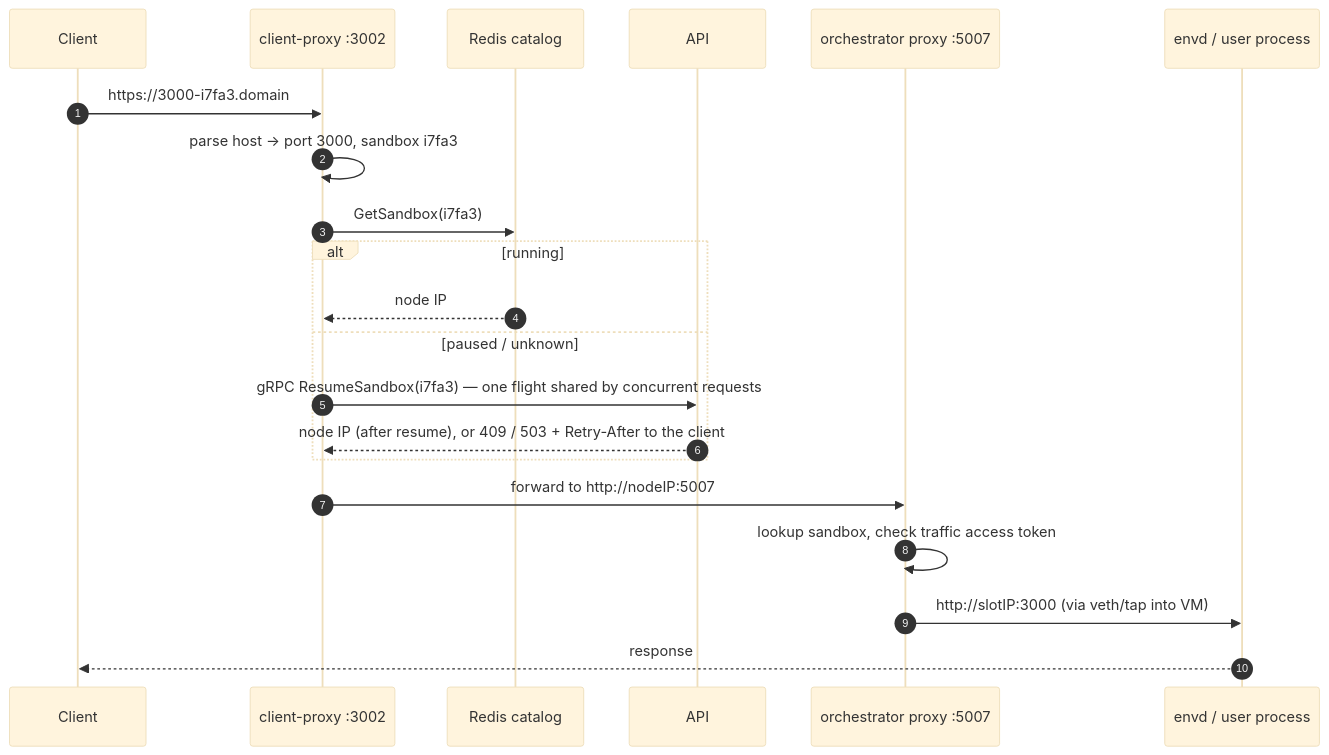
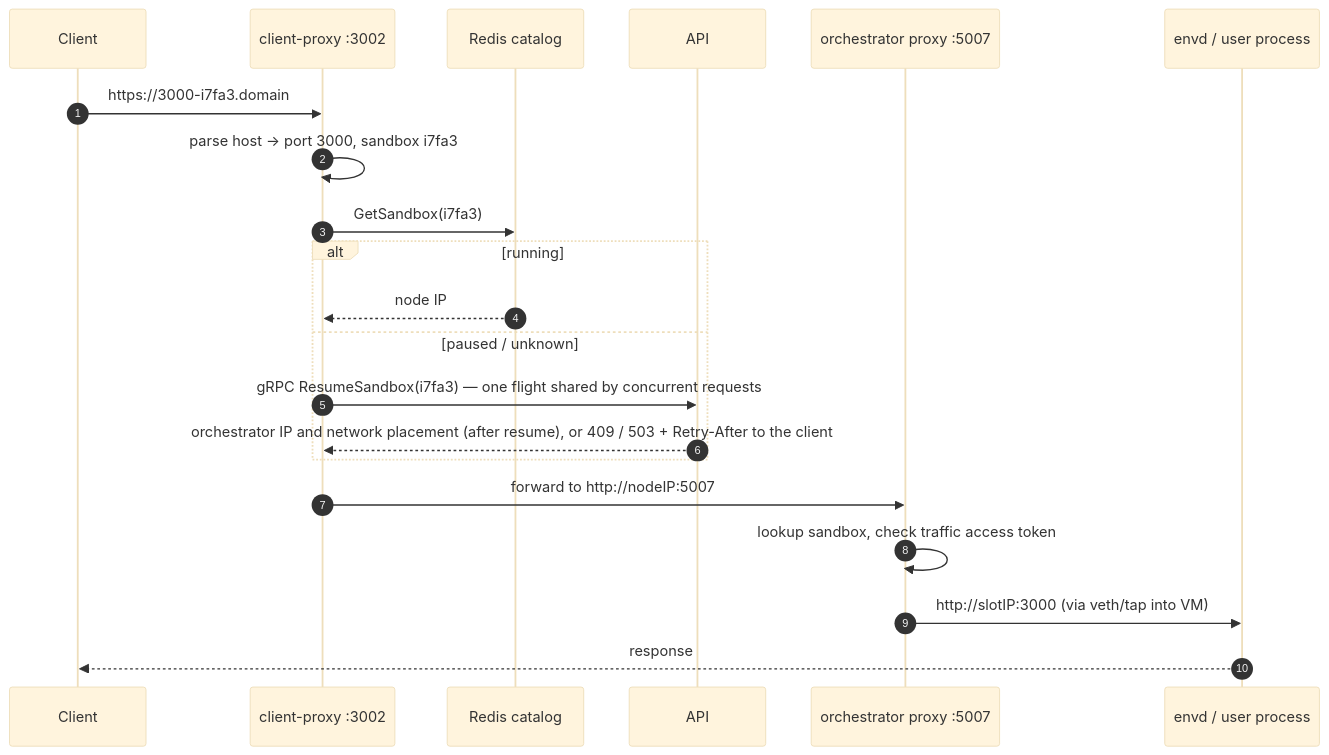
One commit to e2b-dev/infra changed the third of 6 diagrams in docs/ARCHITECTURE.md. Above: the diagram before and after it, drawn with Mermaid (base theme). The commit also changed other lines of this file and 12 other files, not shown here.

Commit message:
feat(api): return saved network placement from sandbox resume

````diff
--- a/docs/ARCHITECTURE.md
+++ b/docs/ARCHITECTURE.md
@@ -813,24 +813,24 @@
 ```mermaid
 sequenceDiagram
     autonumber
     participant U as Client
     participant CP as client-proxy :3002
     participant R as Redis catalog
     participant API as API
     participant OP as orchestrator proxy :5007
     participant E as envd / user process
 
     U->>CP: https://3000-i7fa3.domain
     CP->>CP: parse host → port 3000, sandbox i7fa3
     CP->>R: GetSandbox(i7fa3)
     alt running
         R-->>CP: node IP
     else paused / unknown
         CP->>API: gRPC ResumeSandbox(i7fa3) — one flight shared by concurrent requests
-        API-->>CP: node IP (after resume), or 409 / 503 + Retry-After to the client
+        API-->>CP: orchestrator IP and network placement (after resume), or 409 / 503 + Retry-After to the client
     end
     CP->>OP: forward to http://nodeIP:5007
     OP->>OP: lookup sandbox, check traffic access token
     OP->>E: http://slotIP:3000 (via veth/tap into VM)
     E-->>U: response
 ```
````
